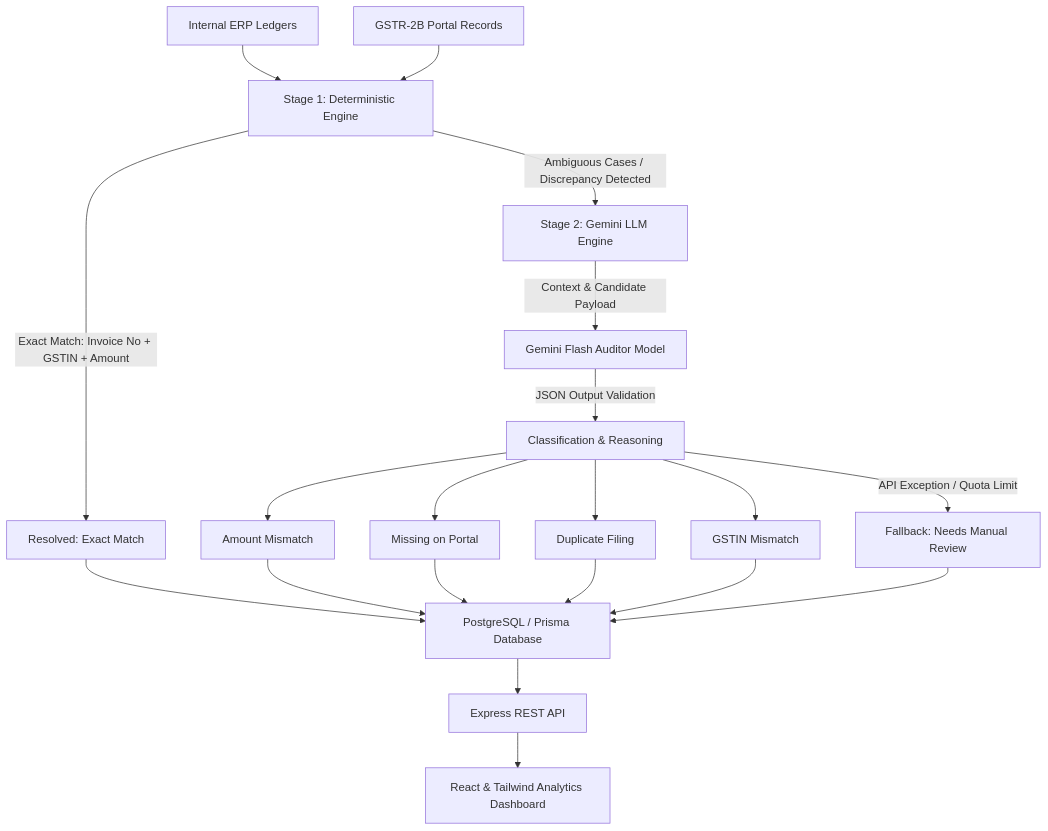
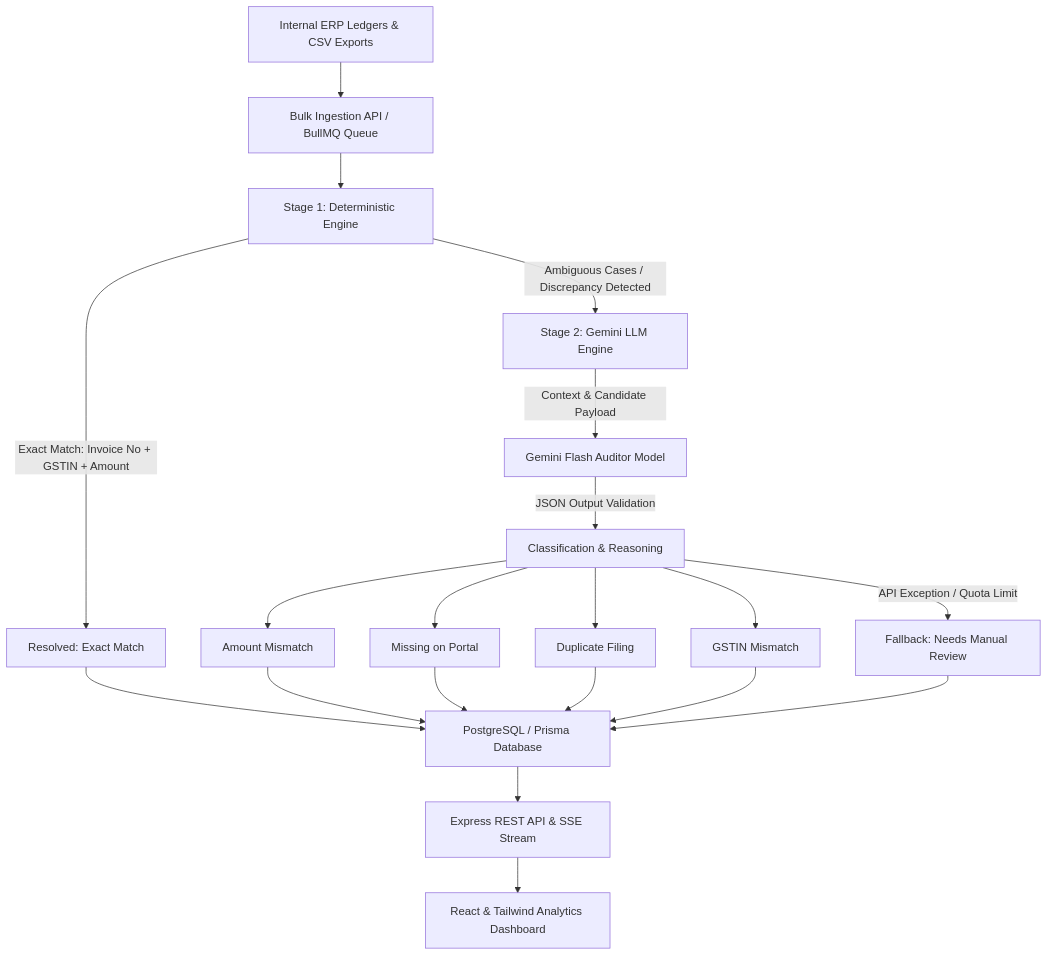
Before and after one commit to Pratyush2240/Razorpay-AI-Buildathon: the diagram in README.md, drawn with Mermaid. The commit also changed other lines of this file, not shown here.

Commit message:
Update README with BullMQ + Redis async background job queue architecture and API documentation

````diff
--- a/README.md
+++ b/README.md
@@ -25,27 +25,27 @@
 ```mermaid
 flowchart TD
-    A[Internal ERP Ledgers] --> C[Stage 1: Deterministic Engine]
-    B[GSTR-2B Portal Records] --> C
+    A[Internal ERP Ledgers & CSV Exports] --> B[Bulk Ingestion API / BullMQ Queue]
+    B --> C[Stage 1: Deterministic Engine]
     
     C -->|Exact Match: Invoice No + GSTIN + Amount| D[Resolved: Exact Match]
     C -->|Ambiguous Cases / Discrepancy Detected| E[Stage 2: Gemini LLM Engine]
     
     E -->|Context & Candidate Payload| F[Gemini Flash Auditor Model]
     F -->|JSON Output Validation| G[Classification & Reasoning]
     
     G --> H[Amount Mismatch]
     G --> I[Missing on Portal]
     G --> J[Duplicate Filing]
     G --> K[GSTIN Mismatch]
     G -->|API Exception / Quota Limit| L[Fallback: Needs Manual Review]
     
     D --> M[PostgreSQL / Prisma Database]
     H --> M
     I --> M
     J --> M
     K --> M
     L --> M
     
-    M --> N[Express REST API]
+    M --> N[Express REST API & SSE Stream]
     N --> O[React & Tailwind Analytics Dashboard]
 ```
````
